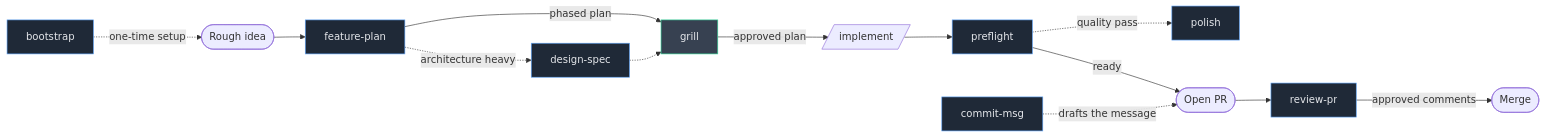
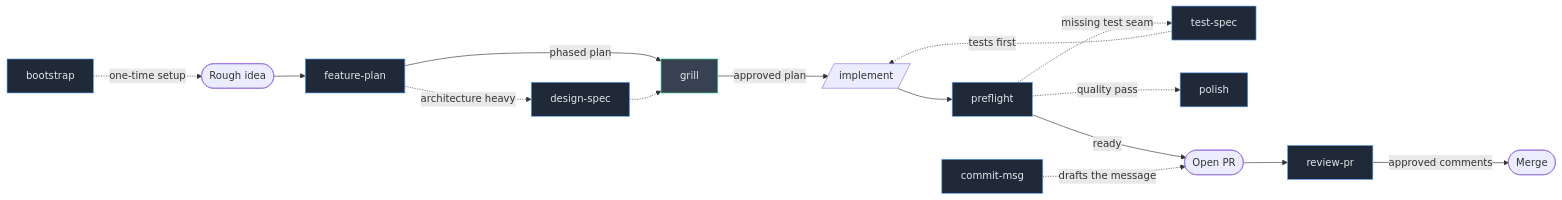
The first of 5 diagrams in README.md (powerslider/nitpickle), drawn with Mermaid before and after one commit. The commit also changed other lines of this file and 12 other files, not shown here.

First line of the commit message:
feat(test-spec): add proof-driven test authorship skill

````diff
--- a/README.md
+++ b/README.md
@@ -111,20 +112,22 @@
 ```mermaid
 flowchart LR
     BST[bootstrap] -.->|one-time setup| idea([Rough idea])
     idea --> FP[feature-plan]
     FP -->|phased plan| GR[grill]
     GR -->|approved plan| IMPL[/implement/]
     FP -.->|architecture heavy| DS[design-spec]
     DS -.-> GR
+    TS[test-spec] -.->|tests first| IMPL
     IMPL --> PF[preflight]
     PF -.->|quality pass| PL[polish]
+    PF -.->|missing test seam| TS
     PF -->|ready| PR([Open PR])
     CM[commit-msg] -.->|drafts the message| PR
     PR --> RV[review-pr]
     RV -->|approved comments| MERGE([Merge])
 
     classDef skill fill:#1f2937,stroke:#60a5fa,color:#e5e7eb
     classDef gate fill:#374151,stroke:#34d399,color:#e5e7eb
-    class FP,DS,PF,RV,BST,CM,PL skill
+    class FP,DS,PF,RV,BST,CM,PL,TS skill
     class GR gate
 ```
````
